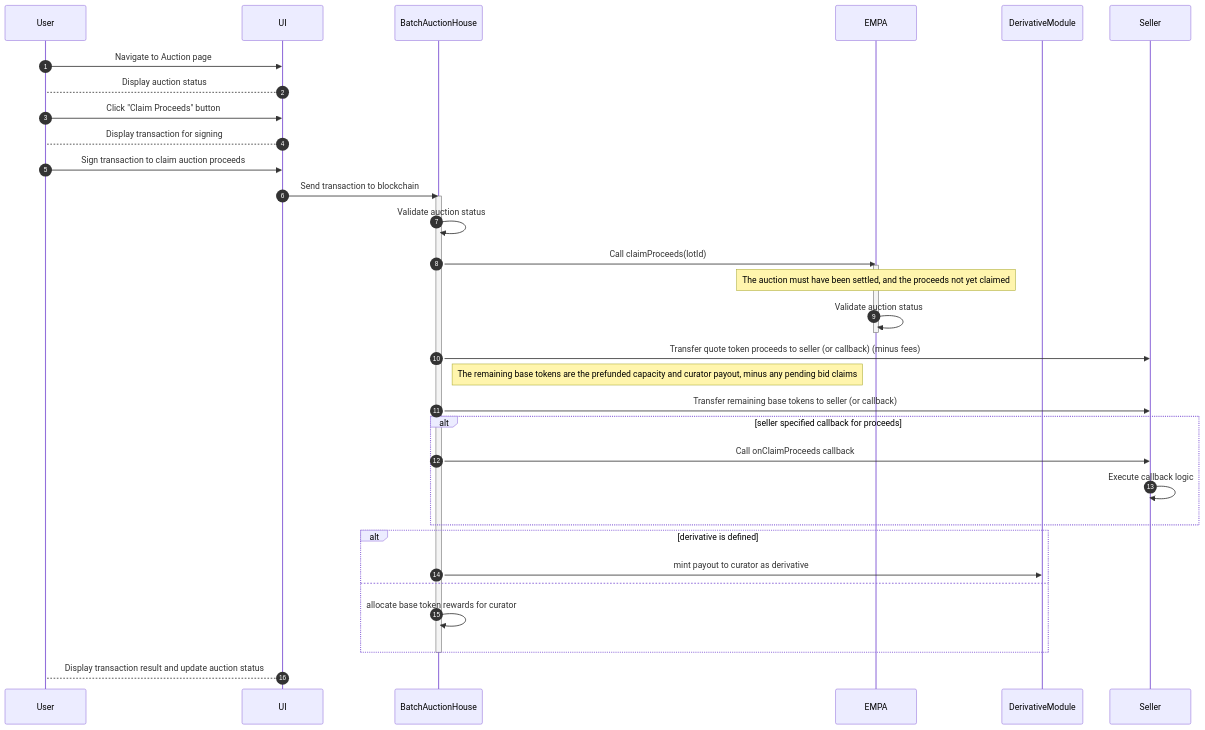
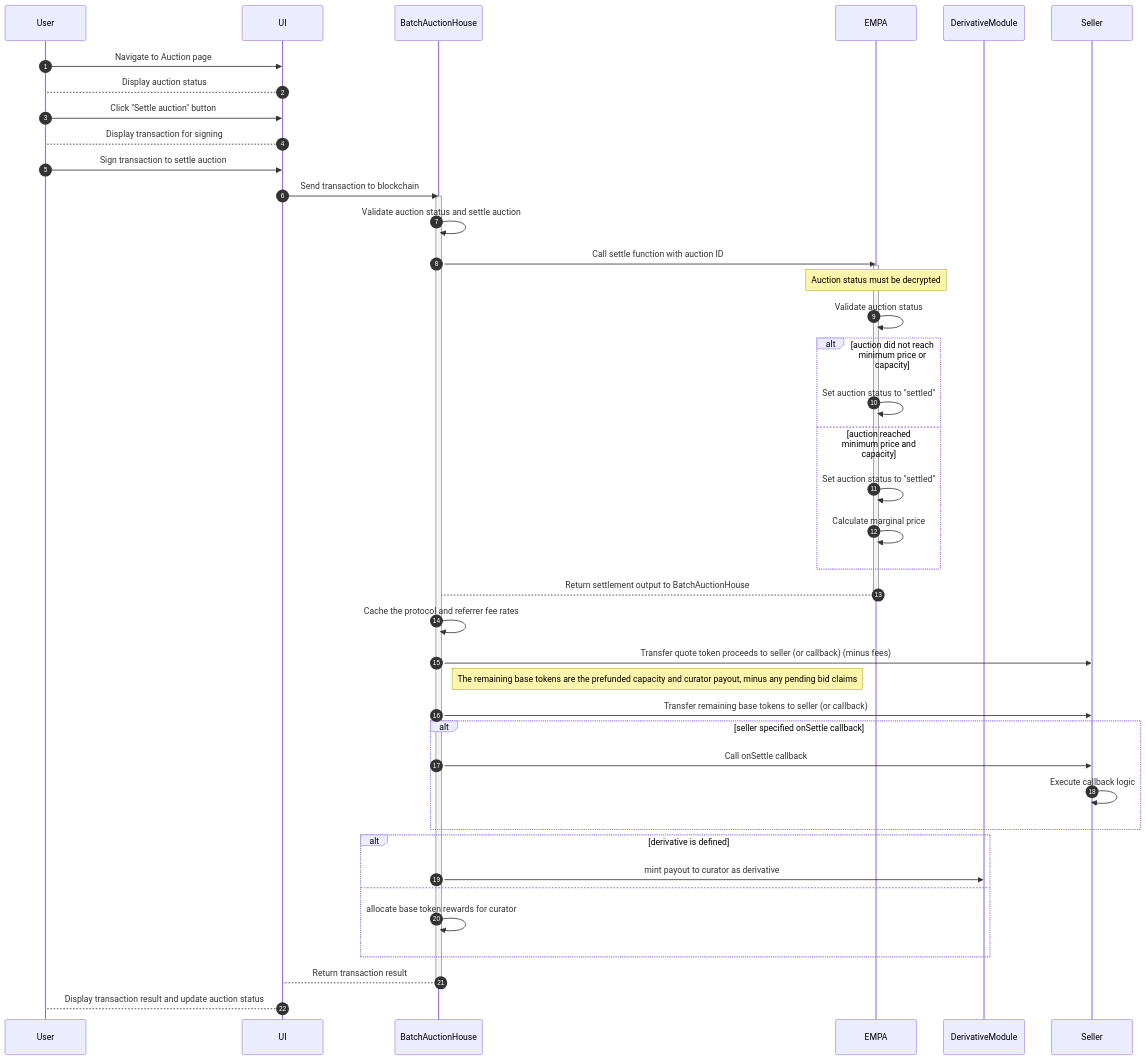
Before and after one commit to Axis-Fi/axis-core: the sixth of 8 diagrams in design/EMPA.md, drawn with Mermaid. The commit also changed other lines of this file, not shown here.

````diff
--- a/design/EMPA.md
+++ b/design/EMPA.md
@@ -380,38 +346,47 @@
 ```mermaid
 sequenceDiagram
   autoNumber
   participant User
   participant UI
   participant BatchAuctionHouse
   participant EMPA
   participant DerivativeModule
   participant Seller
 
   User->>UI: Navigate to Auction page
   UI-->User: Display auction status
-  User->>UI: Click "Claim Proceeds" button
+  User->>UI: Click "Settle auction" button
   UI-->User: Display transaction for signing
-  User->>UI: Sign transaction to claim auction proceeds
+  User->>UI: Sign transaction to settle auction
   UI->>BatchAuctionHouse: Send transaction to blockchain
   activate BatchAuctionHouse
-    BatchAuctionHouse->>BatchAuctionHouse: Validate auction status
-    BatchAuctionHouse->>EMPA: Call claimProceeds(lotId)
-    activate EMPA
-      Note over EMPA: The auction must have been settled, and the proceeds not yet claimed
-      EMPA->>EMPA: Validate auction status
-    deactivate EMPA
-    BatchAuctionHouse->>Seller: Transfer quote token proceeds to seller (or callback) (minus fees)
-    Note right of BatchAuctionHouse: The remaining base tokens are the prefunded capacity and curator payout, minus any pending bid claims
-    BatchAuctionHouse->>Seller: Transfer remaining base tokens to seller (or callback)
-    alt seller specified callback for proceeds
-      BatchAuctionHouse->>Seller: Call onClaimProceeds callback
-      Seller->>Seller: Execute callback logic
-    end
-    alt derivative is defined
-      BatchAuctionHouse->>DerivativeModule: mint payout to curator as derivative
-    else
-      BatchAuctionHouse->>BatchAuctionHouse: allocate base token rewards for curator
-    end
+      BatchAuctionHouse->>BatchAuctionHouse: Validate auction status and settle auction
+      BatchAuctionHouse->>EMPA: Call settle function with auction ID
+      activate EMPA
+          Note over EMPA: Auction status must be decrypted
+          EMPA->>EMPA: Validate auction status
+          alt auction did not reach minimum price or capacity
+              EMPA->>EMPA: Set auction status to "settled"
+          else auction reached minimum price and capacity
+              EMPA->>EMPA: Set auction status to "settled"
+              EMPA->>EMPA: Calculate marginal price
+          end
+          EMPA-->BatchAuctionHouse: Return settlement output to BatchAuctionHouse
+      deactivate EMPA
+      BatchAuctionHouse->>BatchAuctionHouse: Cache the protocol and referrer fee rates
+      BatchAuctionHouse->>Seller: Transfer quote token proceeds to seller (or callback) (minus fees)
+      Note right of BatchAuctionHouse: The remaining base tokens are the prefunded capacity and curator payout, minus any pending bid claims
+      BatchAuctionHouse->>Seller: Transfer remaining base tokens to seller (or callback)
+      alt seller specified onSettle callback
+        BatchAuctionHouse->>Seller: Call onSettle callback
+        Seller->>Seller: Execute callback logic
+      end
+      alt derivative is defined
+        BatchAuctionHouse->>DerivativeModule: mint payout to curator as derivative
+      else
+        BatchAuctionHouse->>BatchAuctionHouse: allocate base token rewards for curator
+      end
+      BatchAuctionHouse-->UI: Return transaction result
   deactivate BatchAuctionHouse
   UI-->User: Display transaction result and update auction status
 ```
````
